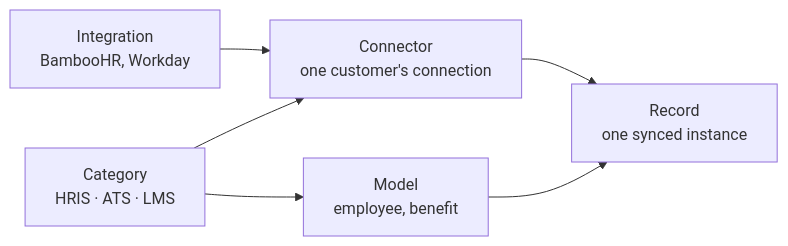
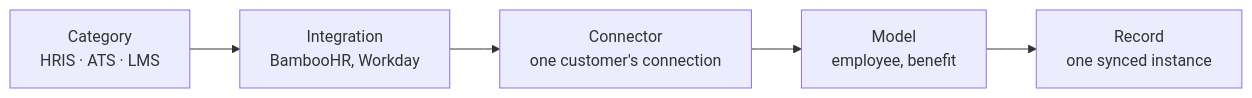
One commit to kaval1810/bindbee-docs-test changed the first of 2 diagrams in get-started/core-concepts.mdx. Above: the diagram before and after it, drawn with Mermaid. The commit also changed other lines of this file, not shown here.

Commit message:
Make the five levels a chain, not a diamond
Category and Connector both fed Record through separate branches, so the
diagram read as a lattice when the relationship is a single narrowing
chain: category, integration, connector, model, record.

````diff
--- a/get-started/core-concepts.mdx
+++ b/get-started/core-concepts.mdx
@@ -14,8 +14,7 @@
 ```mermaid
 flowchart LR
-    INT["Integration<br/>BambooHR, Workday"] --> CON["Connector<br/>one customer's connection"]
-    CAT["Category<br/>HRIS · ATS · LMS"] --> CON
-    CAT --> MOD["Model<br/>employee, benefit"]
-    CON --> REC["Record<br/>one synced instance"]
-    MOD --> REC
+    CAT["Category<br/>HRIS · ATS · LMS"] --> INT["Integration<br/>BambooHR, Workday"]
+    INT --> CON["Connector<br/>one customer's connection"]
+    CON --> MOD["Model<br/>employee, benefit"]
+    MOD --> REC["Record<br/>one synced instance"]
 ```
````
